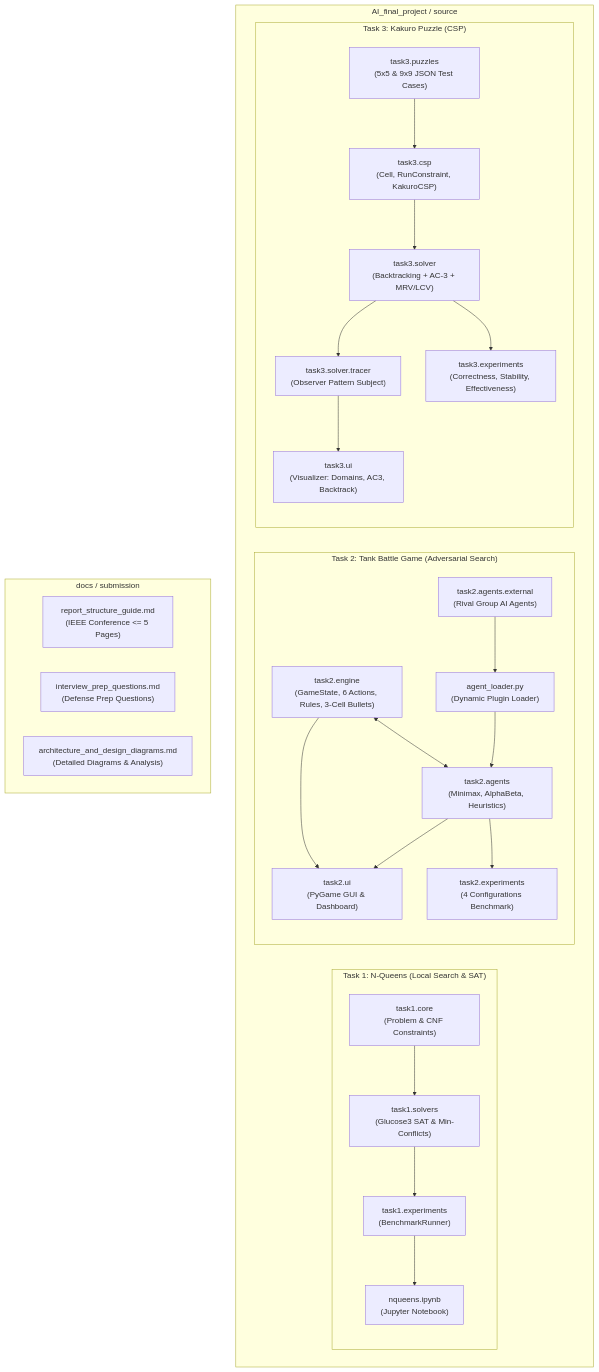
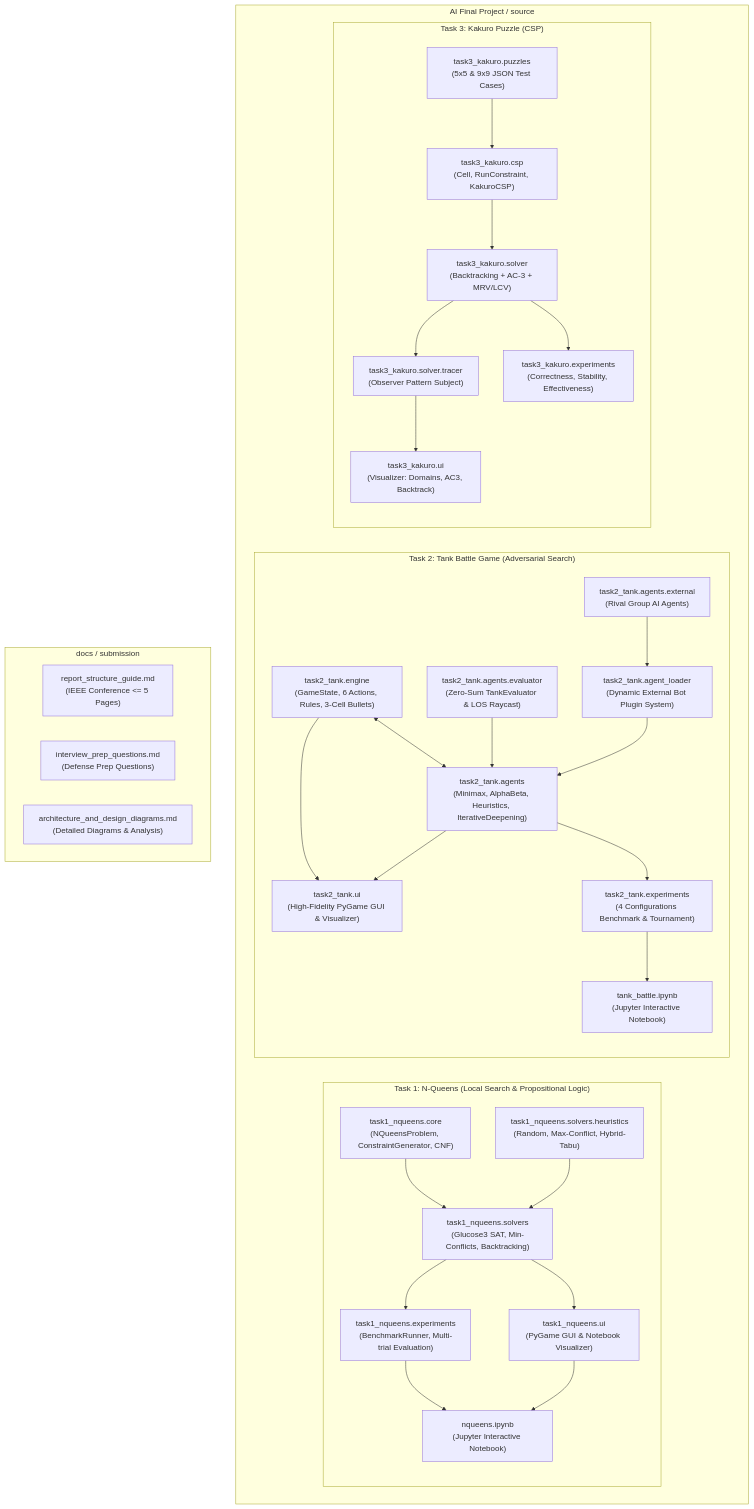
The diagram in docs/diagrams/overall_architecture.mmd (HuuTan12/Final_AI_BanSung), drawn with Mermaid before and after one commit. The commit also changed 91 other files, not shown here.

```diff
--- a/docs/diagrams/overall_architecture.mmd
+++ b/docs/diagrams/overall_architecture.mmd
@@ -1,50 +1,59 @@
 flowchart TD
-  subgraph ProjectRoot["AI_final_project / source"]
-    subgraph Task1["Task 1: N-Queens (Local Search & SAT)"]
-      T1_Core["task1.core\n(Problem & CNF Constraints)"]
-      T1_Solvers["task1.solvers\n(Glucose3 SAT & Min-Conflicts)"]
-      T1_Exp["task1.experiments\n(BenchmarkRunner)"]
-      T1_NB["nqueens.ipynb\n(Jupyter Notebook)"]
+  subgraph ProjectRoot["AI Final Project / source"]
+    subgraph Task1["Task 1: N-Queens (Local Search & Propositional Logic)"]
+      T1_Core["task1_nqueens.core\n(NQueensProblem, ConstraintGenerator, CNF)"]
+      T1_Solvers["task1_nqueens.solvers\n(Glucose3 SAT, Min-Conflicts, Backtracking)"]
+      T1_Heuristics["task1_nqueens.solvers.heuristics\n(Random, Max-Conflict, Hybrid-Tabu)"]
+      T1_Exp["task1_nqueens.experiments\n(BenchmarkRunner, Multi-trial Evaluation)"]
+      T1_UI["task1_nqueens.ui\n(PyGame GUI & Notebook Visualizer)"]
+      T1_NB["nqueens.ipynb\n(Jupyter Interactive Notebook)"]
       
       T1_Core --> T1_Solvers
+      T1_Heuristics --> T1_Solvers
       T1_Solvers --> T1_Exp
+      T1_Solvers --> T1_UI
       T1_Exp --> T1_NB
+      T1_UI --> T1_NB
     end
 
     subgraph Task2["Task 2: Tank Battle Game (Adversarial Search)"]
-      T2_Engine["task2.engine\n(GameState, 6 Actions, Rules, 3-Cell Bullets)"]
-      T2_Agents["task2.agents\n(Minimax, AlphaBeta, Heuristics)"]
-      T2_External["task2.agents.external\n(Rival Group AI Agents)"]
-      T2_Loader["agent_loader.py\n(Dynamic Plugin Loader)"]
-      T2_UI["task2.ui\n(PyGame GUI & Dashboard)"]
-      T2_Exp["task2.experiments\n(4 Configurations Benchmark)"]
+      T2_Engine["task2_tank.engine\n(GameState, 6 Actions, Rules, 3-Cell Bullets)"]
+      T2_Agents["task2_tank.agents\n(Minimax, AlphaBeta, Heuristics, IterativeDeepening)"]
+      T2_Eval["task2_tank.agents.evaluator\n(Zero-Sum TankEvaluator & LOS Raycast)"]
+      T2_External["task2_tank.agents.external\n(Rival Group AI Agents)"]
+      T2_Loader["task2_tank.agent_loader\n(Dynamic External Bot Plugin System)"]
+      T2_UI["task2_tank.ui\n(High-Fidelity PyGame GUI & Visualizer)"]
+      T2_Exp["task2_tank.experiments\n(4 Configurations Benchmark & Tournament)"]
+      T2_NB["tank_battle.ipynb\n(Jupyter Interactive Notebook)"]
       
       T2_Engine <--> T2_Agents
+      T2_Eval --> T2_Agents
       T2_External --> T2_Loader
       T2_Loader --> T2_Agents
       T2_Engine --> T2_UI
       T2_Agents --> T2_UI
       T2_Agents --> T2_Exp
+      T2_Exp --> T2_NB
     end
 
     subgraph Task3["Task 3: Kakuro Puzzle (CSP)"]
-      T3_Puzzles["task3.puzzles\n(5x5 & 9x9 JSON Test Cases)"]
-      T3_CSP["task3.csp\n(Cell, RunConstraint, KakuroCSP)"]
-      T3_Solver["task3.solver\n(Backtracking + AC-3 + MRV/LCV)"]
-      T3_Tracer["task3.solver.tracer\n(Observer Pattern Subject)"]
-      T3_UI["task3.ui\n(Visualizer: Domains, AC3, Backtrack)"]
-      T3_Exp["task3.experiments\n(Correctness, Stability, Effectiveness)"]
+      T3_Puzzles["task3_kakuro.puzzles\n(5x5 & 9x9 JSON Test Cases)"]
+      T3_CSP["task3_kakuro.csp\n(Cell, RunConstraint, KakuroCSP)"]
+      T3_Solver["task3_kakuro.solver\n(Backtracking + AC-3 + MRV/LCV)"]
+      T3_Tracer["task3_kakuro.solver.tracer\n(Observer Pattern Subject)"]
+      T3_UI["task3_kakuro.ui\n(Visualizer: Domains, AC3, Backtrack)"]
+      T3_Exp["task3_kakuro.experiments\n(Correctness, Stability, Effectiveness)"]
       
       T3_Puzzles --> T3_CSP
       T3_CSP --> T3_Solver
       T3_Solver --> T3_Tracer
       T3_Tracer --> T3_UI
       T3_Solver --> T3_Exp
     end
   end
 
   subgraph Docs["docs / submission"]
     Report["report_structure_guide.md\n(IEEE Conference <= 5 Pages)"]
     Interview["interview_prep_questions.md\n(Defense Prep Questions)"]
     Diagrams["architecture_and_design_diagrams.md\n(Detailed Diagrams & Analysis)"]
   end
```
